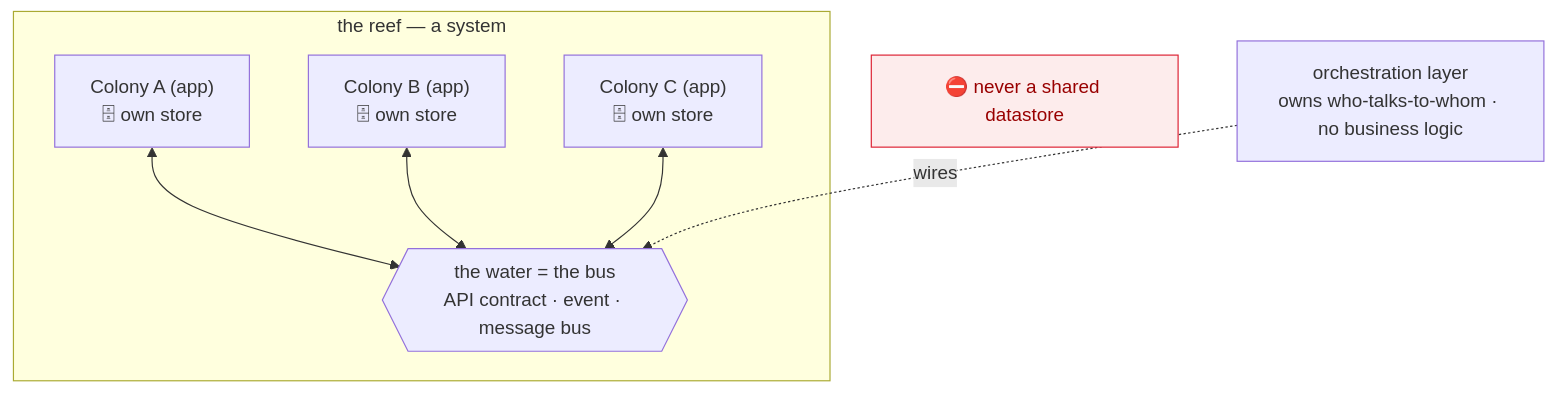
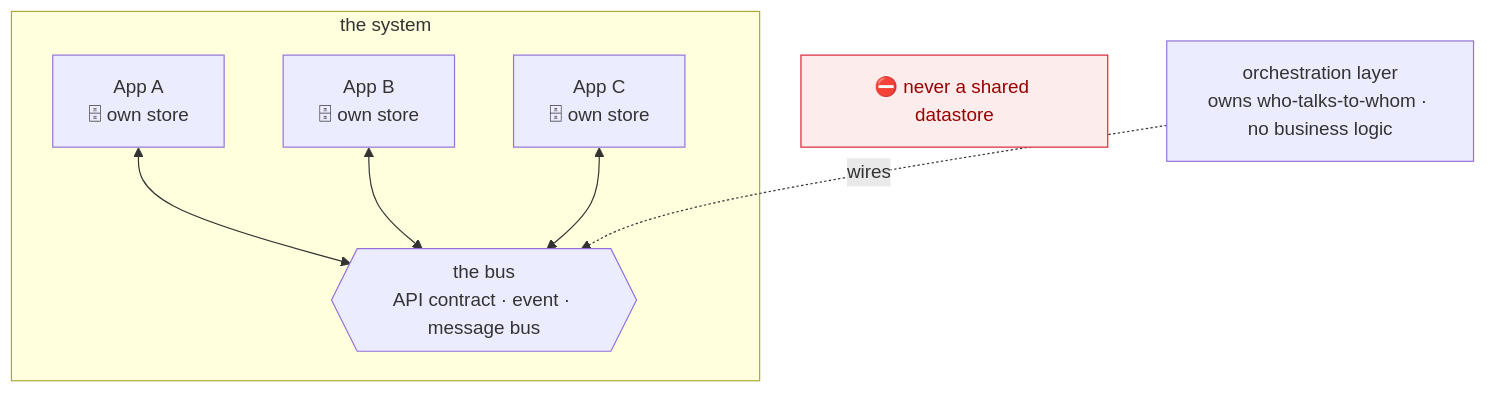
The diagram in SYSTEM.md (throw-if-null/coral), drawn with Mermaid before and after one commit. The commit also changed other lines of this file and 16 other files, not shown here.

````diff
--- a/SYSTEM.md
+++ b/SYSTEM.md
@@ -36,16 +30,16 @@
 ```mermaid
 flowchart TB
-  subgraph REEF["the reef — a system"]
-    A["Colony A (app)<br/>🗄 own store"]
-    B["Colony B (app)<br/>🗄 own store"]
-    D["Colony C (app)<br/>🗄 own store"]
-    BUS{{"the water = the bus<br/>API contract · event · message bus"}}
+  subgraph SYS["the system"]
+    A["App A<br/>🗄 own store"]
+    B["App B<br/>🗄 own store"]
+    D["App C<br/>🗄 own store"]
+    BUS{{"the bus<br/>API contract · event · message bus"}}
     A <--> BUS
     B <--> BUS
     D <--> BUS
   end
   ORCH["orchestration layer<br/>owns who-talks-to-whom · no business logic"] -. wires .-> BUS
   X["⛔ never a shared datastore"]
   class X bad
   classDef bad fill:#fdecec,stroke:#d23,color:#900
 ```
````
